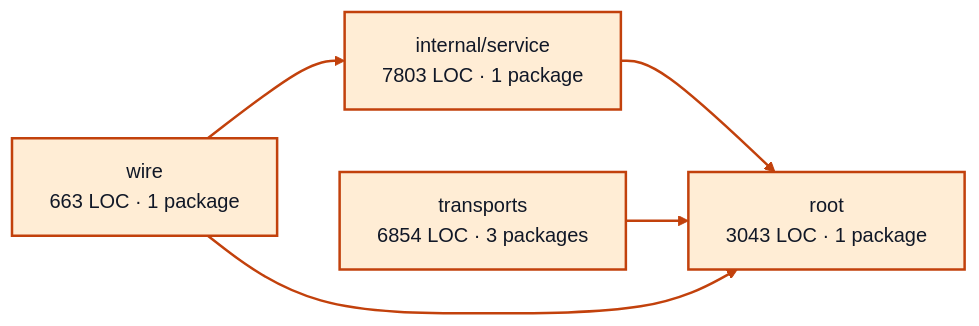
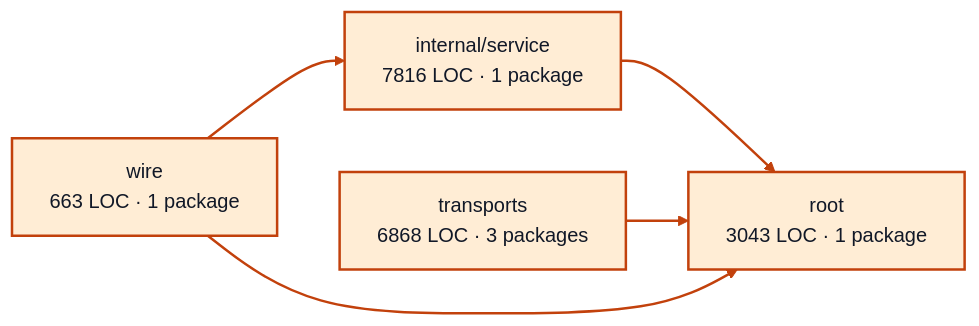
Before and after one commit to portpowered/you-agent-factory: the diagram in docs/architecture/visualizations/services/worker_sessions.md, drawn with Mermaid (base theme). The commit also changed other lines of this file and 20 other files, not shown here.

Commit message:
docs: refresh backend architecture visualizations

````diff
--- a/docs/architecture/visualizations/services/worker_sessions.md
+++ b/docs/architecture/visualizations/services/worker_sessions.md
@@ -11,16 +11,16 @@
 ```mermaid
 flowchart LR
-  p0["internal/service<br/>7803 LOC · 1 package"]
+  p0["internal/service<br/>7816 LOC · 1 package"]
   p1["root<br/>3043 LOC · 1 package"]
-  p2["transports<br/>6854 LOC · 3 packages"]
+  p2["transports<br/>6868 LOC · 3 packages"]
   p3["wire<br/>663 LOC · 1 package"]
   p0 --> p1
   p2 --> p1
   p3 --> p0
   p3 --> p1
   style p0 fill:#ffedd5,stroke:#c2410c,stroke-width:2px,color:#111827
   style p1 fill:#ffedd5,stroke:#c2410c,stroke-width:2px,color:#111827
   style p2 fill:#ffedd5,stroke:#c2410c,stroke-width:2px,color:#111827
   style p3 fill:#ffedd5,stroke:#c2410c,stroke-width:2px,color:#111827
   linkStyle default stroke:#c2410c,stroke-width:2px
 ```
````
